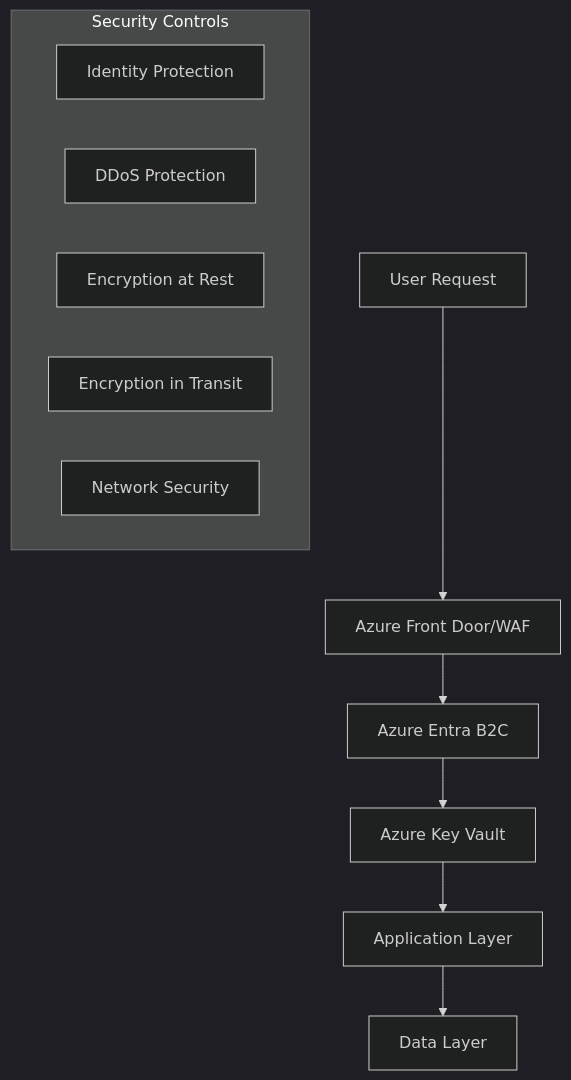
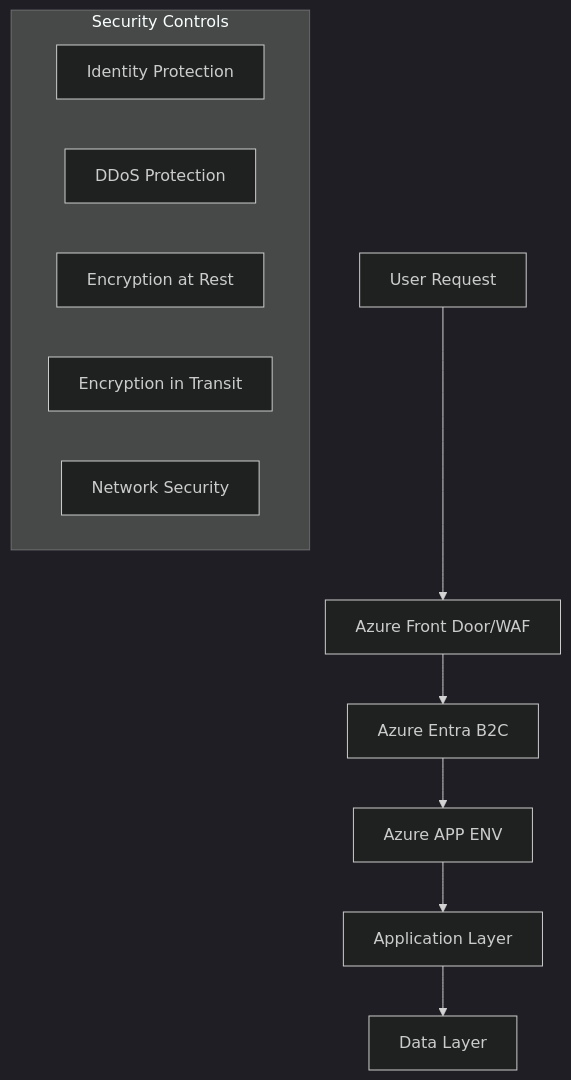
The second of 2 diagrams in README.md (TWILIGHTCLOUDCODERZ/AI-POWERED-INTELIGENCE), drawn with Mermaid (dark theme) before and after one commit. The commit also changed other lines of this file, not shown here.

````diff
--- a/README.md
+++ b/README.md
@@ -171,16 +171,16 @@
 ```mermaid
 graph TD
     A[User Request] --> B[Azure Front Door/WAF]
     B --> C[Azure Entra B2C]
-    C --> D[Azure Key Vault]
+    C --> D[Azure APP ENV ]
     D --> E[Application Layer]
     E --> F[Data Layer]
     
     subgraph Security Controls
         G[Identity Protection]
         H[DDoS Protection]
         I[Encryption at Rest]
         J[Encryption in Transit]
         K[Network Security]
     end
 ```
````
